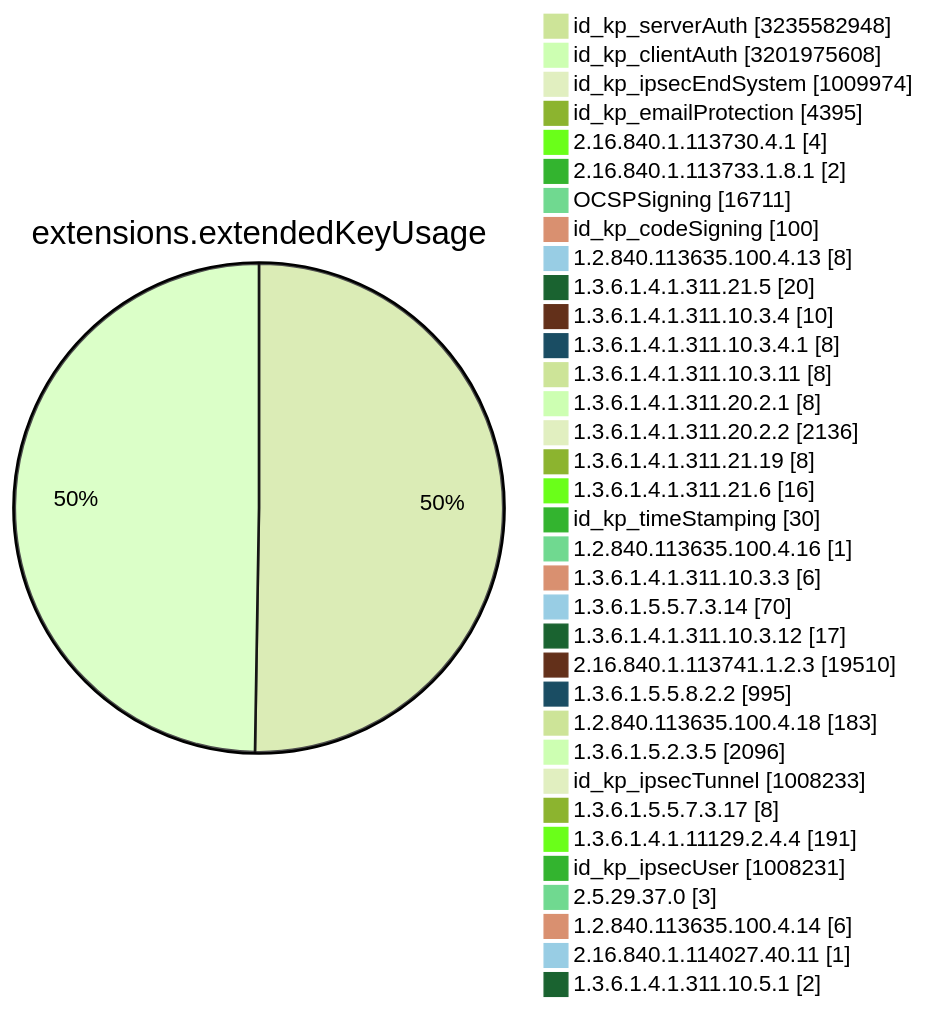
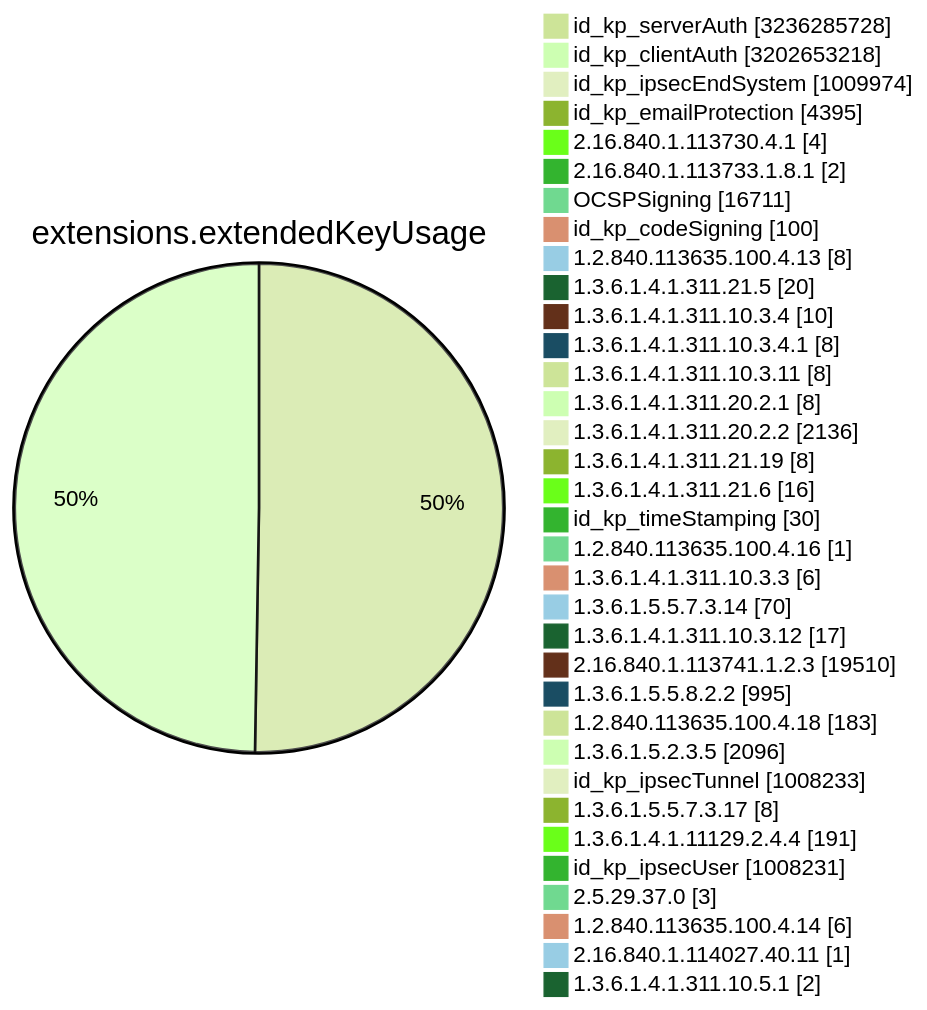
One commit to christiankrug/ctmonitor_visualization changed diagram 11 of 15 in TOTAL/README.md. Above: the diagram before and after it, drawn with Mermaid (forest theme). The commit also changed other lines of this file, not shown here.

````diff
--- a/TOTAL/README.md
+++ b/TOTAL/README.md
@@ -4119,38 +4119,38 @@
 ```mermaid
 pie showData
 title extensions.extendedKeyUsage
-"id_kp_serverAuth" :3235582948
-"id_kp_clientAuth" :3201975608
+"id_kp_serverAuth" :3236285728
+"id_kp_clientAuth" :3202653218
 "id_kp_ipsecEndSystem" :1009974
 "id_kp_emailProtection" :4395
 "2.16.840.1.113730.4.1" :4
 "2.16.840.1.113733.1.8.1" :2
 "OCSPSigning" :16711
 "id_kp_codeSigning" :100
 "1.2.840.113635.100.4.13" :8
 "1.3.6.1.4.1.311.21.5" :20
 "1.3.6.1.4.1.311.10.3.4" :10
 "1.3.6.1.4.1.311.10.3.4.1" :8
 "1.3.6.1.4.1.311.10.3.11" :8
 "1.3.6.1.4.1.311.20.2.1" :8
 "1.3.6.1.4.1.311.20.2.2" :2136
 "1.3.6.1.4.1.311.21.19" :8
 "1.3.6.1.4.1.311.21.6" :16
 "id_kp_timeStamping" :30
 "1.2.840.113635.100.4.16" :1
 "1.3.6.1.4.1.311.10.3.3" :6
 "1.3.6.1.5.5.7.3.14" :70
 "1.3.6.1.4.1.311.10.3.12" :17
 "2.16.840.1.113741.1.2.3" :19510
 "1.3.6.1.5.5.8.2.2" :995
 "1.2.840.113635.100.4.18" :183
 "1.3.6.1.5.2.3.5" :2096
 "id_kp_ipsecTunnel" :1008233
 "1.3.6.1.5.5.7.3.17" :8
 "1.3.6.1.4.1.11129.2.4.4" :191
 "id_kp_ipsecUser" :1008231
 "2.5.29.37.0" :3
 "1.2.840.113635.100.4.14" :6
 "2.16.840.1.114027.40.11" :1
 "1.3.6.1.4.1.311.10.5.1" :2
 ```
````
